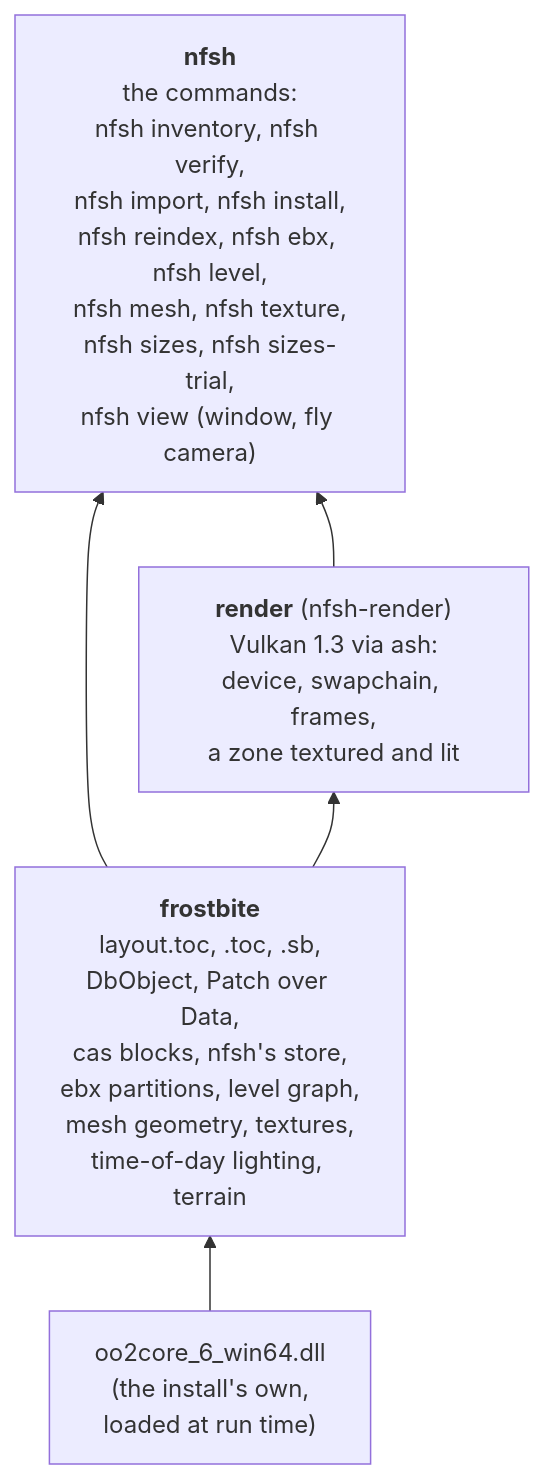
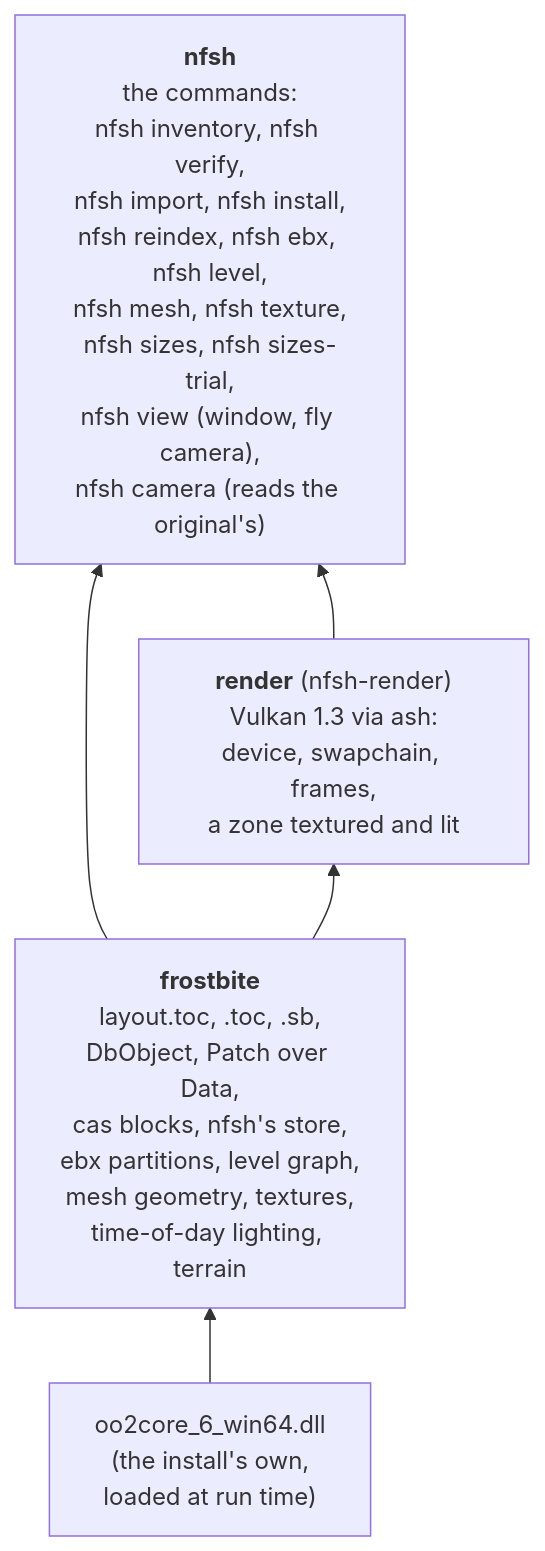
The second of 4 diagrams in docs/OVERVIEW.md (cmprssd/nfsh), drawn with Mermaid before and after one commit. The commit also changed other lines of this file and 10 other files, not shown here.

First line of the commit message:
The original measured at Low by the raceway; nfsh camera, its reader of the original's camera; release 0.32.0 (#53)

````diff
--- a/docs/OVERVIEW.md
+++ b/docs/OVERVIEW.md
@@ -60,11 +60,11 @@
 ```mermaid
 flowchart BT
     fb["<b>frostbite</b><br/>layout.toc, .toc, .sb,<br/>DbObject, Patch over Data,<br/>cas blocks, nfsh's store,<br/>ebx partitions, level graph,<br/>mesh geometry, textures,<br/>time-of-day lighting, terrain"]
     oo["oo2core_6_win64.dll<br/>(the install's own,<br/>loaded at run time)"]
     render["<b>render</b> (nfsh-render)<br/>Vulkan 1.3 via ash:<br/>device, swapchain, frames,<br/>a zone textured and lit"]
-    app["<b>nfsh</b><br/>the commands:<br/>nfsh inventory, nfsh verify,<br/>nfsh import, nfsh install,<br/>nfsh reindex, nfsh ebx, nfsh level,<br/>nfsh mesh, nfsh texture,<br/>nfsh sizes, nfsh sizes-trial,<br/>nfsh view (window, fly camera)"]
+    app["<b>nfsh</b><br/>the commands:<br/>nfsh inventory, nfsh verify,<br/>nfsh import, nfsh install,<br/>nfsh reindex, nfsh ebx, nfsh level,<br/>nfsh mesh, nfsh texture,<br/>nfsh sizes, nfsh sizes-trial,<br/>nfsh view (window, fly camera),<br/>nfsh camera (reads the original's)"]
     oo --> fb
     fb --> render
     fb --> app
     render --> app
 ```
````
